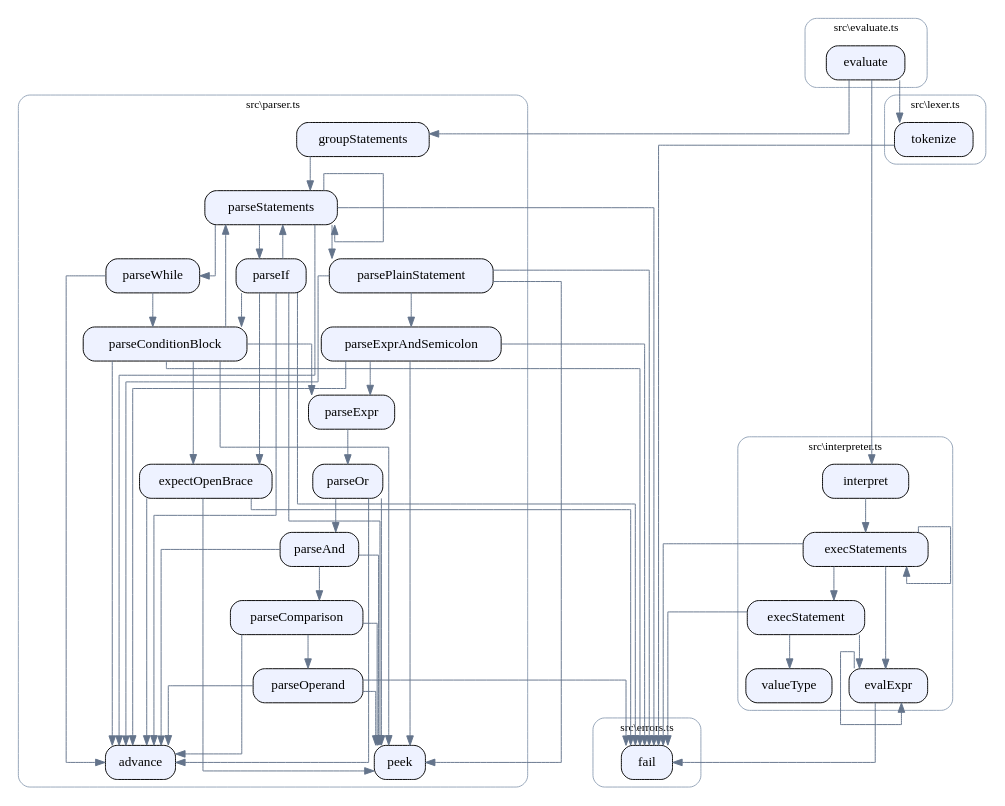
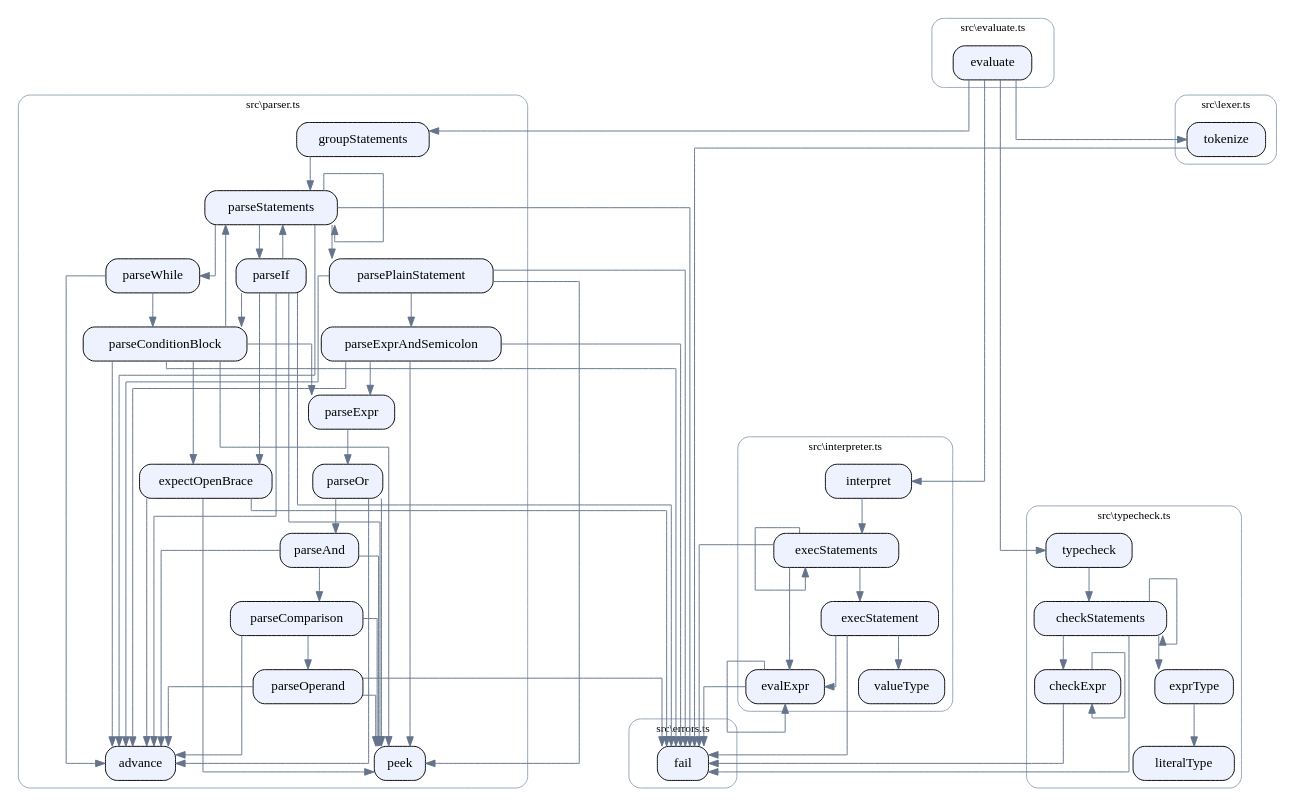
The diagram in docs/callgraph.dot (SirMathhman/Tuff), drawn with Graphviz before and after one commit. The commit also changed 3 other files, not shown here.

Commit message:
feat: static type-check detects undeclared variables in all branches

```diff
--- a/docs/callgraph.dot
+++ b/docs/callgraph.dot
@@ -1,123 +1,144 @@
 digraph tuff {
   rankdir=TB;
   splines=ortho;
   node [shape=box, style="rounded,filled", fillcolor="#eef2ff", fontname="Consolas"];
   edge [color="#64748b"];
   subgraph "cluster_src_errors_ts" {
     style="rounded";
     color="#94a3b8";
     fontname="Consolas";
     fontsize=12;
     label="src\\errors.ts";
     "src\\errors.ts::fail" [label="fail"];
   }
   subgraph "cluster_src_evaluate_ts" {
     style="rounded";
     color="#94a3b8";
     fontname="Consolas";
     fontsize=12;
     label="src\\evaluate.ts";
     "src\\evaluate.ts::evaluate" [label="evaluate"];
   }
   subgraph "cluster_src_interpreter_ts" {
     style="rounded";
     color="#94a3b8";
     fontname="Consolas";
     fontsize=12;
     label="src\\interpreter.ts";
     "src\\interpreter.ts::valueType" [label="valueType"];
     "src\\interpreter.ts::evalExpr" [label="evalExpr"];
     "src\\interpreter.ts::execStatement" [label="execStatement"];
     "src\\interpreter.ts::execStatements" [label="execStatements"];
     "src\\interpreter.ts::interpret" [label="interpret"];
   }
   subgraph "cluster_src_lexer_ts" {
     style="rounded";
     color="#94a3b8";
     fontname="Consolas";
     fontsize=12;
     label="src\\lexer.ts";
     "src\\lexer.ts::tokenize" [label="tokenize"];
   }
   subgraph "cluster_src_parser_ts" {
     style="rounded";
     color="#94a3b8";
     fontname="Consolas";
     fontsize=12;
     label="src\\parser.ts";
     "src\\parser.ts::peek" [label="peek"];
     "src\\parser.ts::advance" [label="advance"];
     "src\\parser.ts::parseStatements" [label="parseStatements"];
     "src\\parser.ts::parseExprAndSemicolon" [label="parseExprAndSemicolon"];
     "src\\parser.ts::expectOpenBrace" [label="expectOpenBrace"];
     "src\\parser.ts::parsePlainStatement" [label="parsePlainStatement"];
     "src\\parser.ts::parseOperand" [label="parseOperand"];
     "src\\parser.ts::parseExpr" [label="parseExpr"];
     "src\\parser.ts::parseOr" [label="parseOr"];
     "src\\parser.ts::parseAnd" [label="parseAnd"];
     "src\\parser.ts::parseComparison" [label="parseComparison"];
     "src\\parser.ts::parseConditionBlock" [label="parseConditionBlock"];
     "src\\parser.ts::parseIf" [label="parseIf"];
     "src\\parser.ts::parseWhile" [label="parseWhile"];
     "src\\parser.ts::groupStatements" [label="groupStatements"];
   }
+  subgraph "cluster_src_typecheck_ts" {
+    style="rounded";
+    color="#94a3b8";
+    fontname="Consolas";
+    fontsize=12;
+    label="src\\typecheck.ts";
+    "src\\typecheck.ts::literalType" [label="literalType"];
+    "src\\typecheck.ts::checkExpr" [label="checkExpr"];
+    "src\\typecheck.ts::exprType" [label="exprType"];
+    "src\\typecheck.ts::checkStatements" [label="checkStatements"];
+    "src\\typecheck.ts::typecheck" [label="typecheck"];
+  }
   "src\\evaluate.ts::evaluate" -> "src\\lexer.ts::tokenize";
   "src\\evaluate.ts::evaluate" -> "src\\parser.ts::groupStatements";
+  "src\\evaluate.ts::evaluate" -> "src\\typecheck.ts::typecheck";
   "src\\evaluate.ts::evaluate" -> "src\\interpreter.ts::interpret";
   "src\\interpreter.ts::evalExpr" -> "src\\errors.ts::fail";
   "src\\interpreter.ts::evalExpr" -> "src\\interpreter.ts::evalExpr";
   "src\\interpreter.ts::execStatement" -> "src\\errors.ts::fail";
   "src\\interpreter.ts::execStatement" -> "src\\interpreter.ts::evalExpr";
   "src\\interpreter.ts::execStatement" -> "src\\interpreter.ts::valueType";
   "src\\interpreter.ts::execStatements" -> "src\\interpreter.ts::execStatements";
   "src\\interpreter.ts::execStatements" -> "src\\errors.ts::fail";
   "src\\interpreter.ts::execStatements" -> "src\\interpreter.ts::evalExpr";
   "src\\interpreter.ts::execStatements" -> "src\\interpreter.ts::execStatement";
   "src\\interpreter.ts::interpret" -> "src\\interpreter.ts::execStatements";
   "src\\lexer.ts::tokenize" -> "src\\errors.ts::fail";
   "src\\parser.ts::parseStatements" -> "src\\parser.ts::advance";
   "src\\parser.ts::parseStatements" -> "src\\parser.ts::parseStatements";
   "src\\parser.ts::parseStatements" -> "src\\errors.ts::fail";
   "src\\parser.ts::parseStatements" -> "src\\parser.ts::parseIf";
   "src\\parser.ts::parseStatements" -> "src\\parser.ts::parseWhile";
   "src\\parser.ts::parseStatements" -> "src\\parser.ts::parsePlainStatement";
   "src\\parser.ts::parseExprAndSemicolon" -> "src\\parser.ts::parseExpr";
   "src\\parser.ts::parseExprAndSemicolon" -> "src\\parser.ts::peek";
   "src\\parser.ts::parseExprAndSemicolon" -> "src\\errors.ts::fail";
   "src\\parser.ts::parseExprAndSemicolon" -> "src\\parser.ts::advance";
   "src\\parser.ts::expectOpenBrace" -> "src\\parser.ts::peek";
   "src\\parser.ts::expectOpenBrace" -> "src\\errors.ts::fail";
   "src\\parser.ts::expectOpenBrace" -> "src\\parser.ts::advance";
   "src\\parser.ts::parsePlainStatement" -> "src\\parser.ts::peek";
   "src\\parser.ts::parsePlainStatement" -> "src\\errors.ts::fail";
   "src\\parser.ts::parsePlainStatement" -> "src\\parser.ts::advance";
   "src\\parser.ts::parsePlainStatement" -> "src\\parser.ts::parseExprAndSemicolon";
   "src\\parser.ts::parseOperand" -> "src\\parser.ts::peek";
   "src\\parser.ts::parseOperand" -> "src\\errors.ts::fail";
   "src\\parser.ts::parseOperand" -> "src\\parser.ts::advance";
   "src\\parser.ts::parseExpr" -> "src\\parser.ts::parseOr";
   "src\\parser.ts::parseOr" -> "src\\parser.ts::parseAnd";
   "src\\parser.ts::parseOr" -> "src\\parser.ts::peek";
   "src\\parser.ts::parseOr" -> "src\\parser.ts::advance";
   "src\\parser.ts::parseAnd" -> "src\\parser.ts::parseComparison";
   "src\\parser.ts::parseAnd" -> "src\\parser.ts::peek";
   "src\\parser.ts::parseAnd" -> "src\\parser.ts::advance";
   "src\\parser.ts::parseComparison" -> "src\\parser.ts::parseOperand";
   "src\\parser.ts::parseComparison" -> "src\\parser.ts::peek";
   "src\\parser.ts::parseComparison" -> "src\\parser.ts::advance";
   "src\\parser.ts::parseConditionBlock" -> "src\\parser.ts::peek";
   "src\\parser.ts::parseConditionBlock" -> "src\\errors.ts::fail";
   "src\\parser.ts::parseConditionBlock" -> "src\\parser.ts::advance";
   "src\\parser.ts::parseConditionBlock" -> "src\\parser.ts::parseExpr";
   "src\\parser.ts::parseConditionBlock" -> "src\\parser.ts::expectOpenBrace";
   "src\\parser.ts::parseConditionBlock" -> "src\\parser.ts::parseStatements";
   "src\\parser.ts::parseIf" -> "src\\parser.ts::advance";
   "src\\parser.ts::parseIf" -> "src\\parser.ts::parseConditionBlock";
   "src\\parser.ts::parseIf" -> "src\\parser.ts::peek";
   "src\\parser.ts::parseIf" -> "src\\parser.ts::expectOpenBrace";
   "src\\parser.ts::parseIf" -> "src\\parser.ts::parseStatements";
   "src\\parser.ts::parseIf" -> "src\\errors.ts::fail";
   "src\\parser.ts::parseWhile" -> "src\\parser.ts::advance";
   "src\\parser.ts::parseWhile" -> "src\\parser.ts::parseConditionBlock";
   "src\\parser.ts::groupStatements" -> "src\\parser.ts::parseStatements";
+  "src\\typecheck.ts::checkExpr" -> "src\\errors.ts::fail";
+  "src\\typecheck.ts::checkExpr" -> "src\\typecheck.ts::checkExpr";
+  "src\\typecheck.ts::exprType" -> "src\\typecheck.ts::literalType";
+  "src\\typecheck.ts::checkStatements" -> "src\\typecheck.ts::checkExpr";
+  "src\\typecheck.ts::checkStatements" -> "src\\typecheck.ts::exprType";
+  "src\\typecheck.ts::checkStatements" -> "src\\errors.ts::fail";
+  "src\\typecheck.ts::checkStatements" -> "src\\typecheck.ts::checkStatements";
+  "src\\typecheck.ts::typecheck" -> "src\\typecheck.ts::checkStatements";
 }
```
